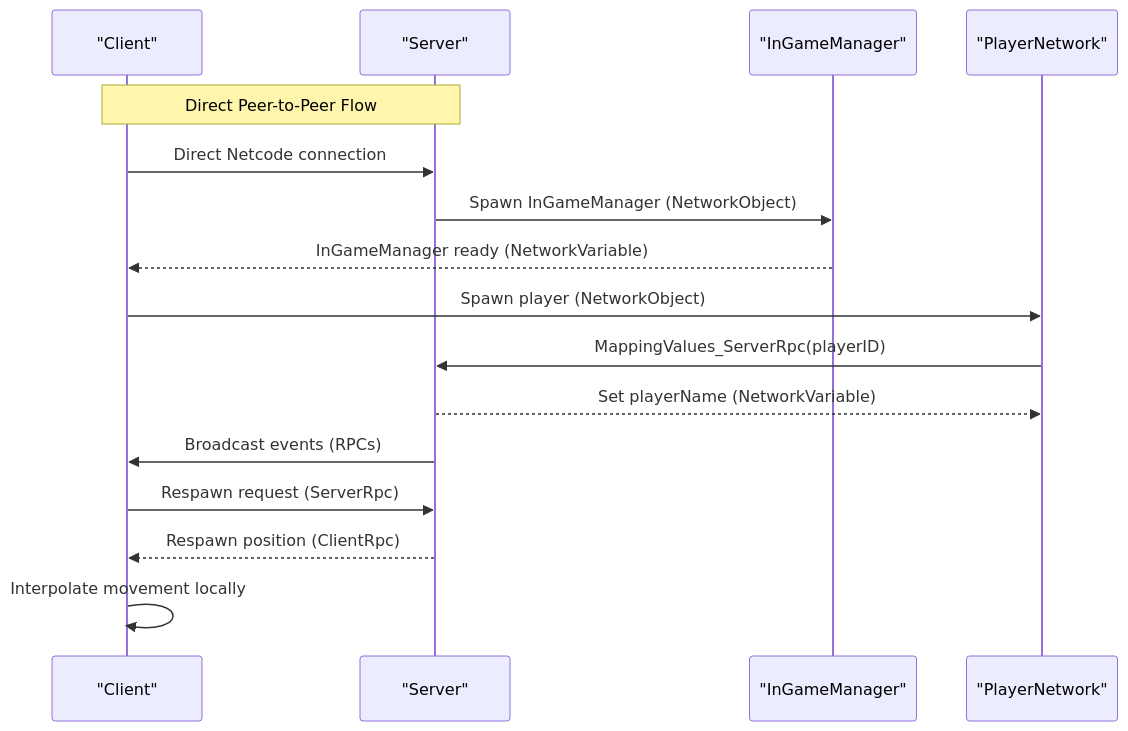
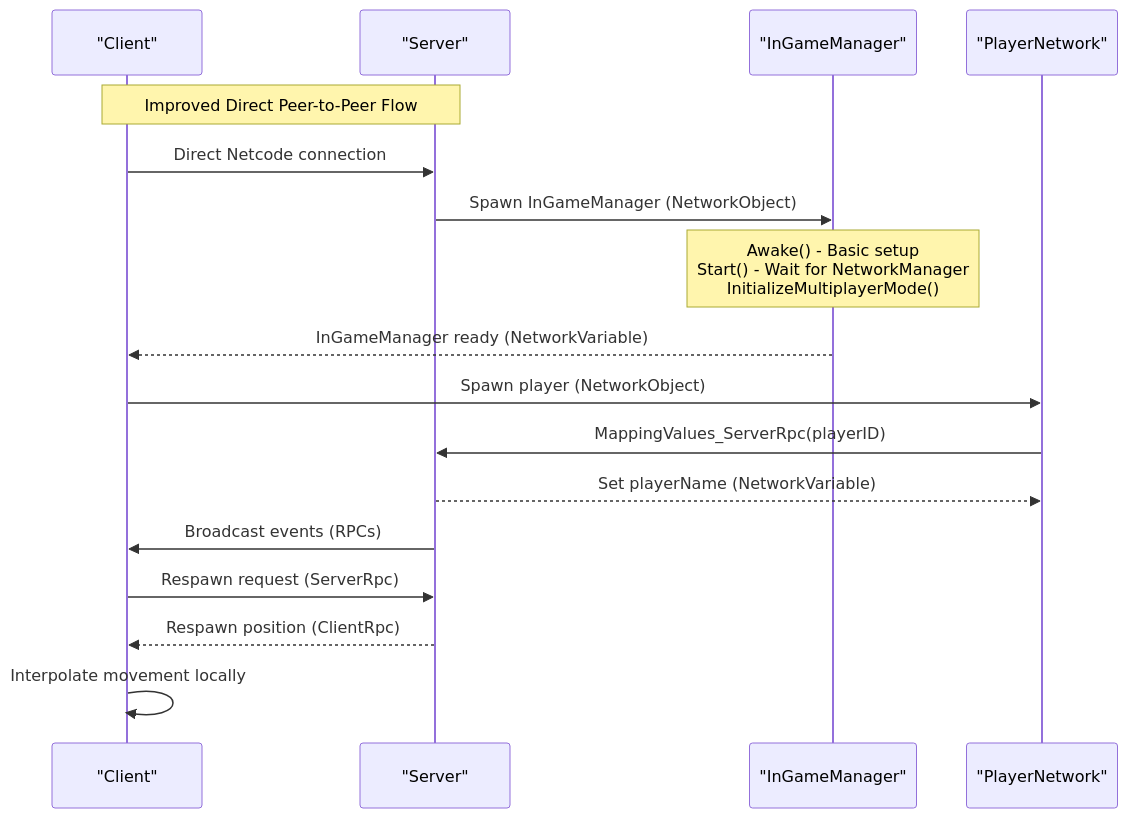
Before and after one commit to kandeng/AI-Controlled-battle-game: the second of 7 diagrams in .qoder/repowiki/en/content/Multiplayer System/Multiplayer System.md, drawn with Mermaid. The commit also changed other lines of this file and 376 other files, not shown here.

````diff
--- a/.qoder/repowiki/en/content/Multiplayer System/Multiplayer System.md
+++ b/.qoder/repowiki/en/content/Multiplayer System/Multiplayer System.md
@@ -116,18 +116,19 @@
 ```mermaid
 sequenceDiagram
 participant Client as "Client"
 participant Server as "Server"
 participant InGame as "InGameManager"
 participant Player as "PlayerNetwork"
-Note over Client,Server : Direct Peer-to-Peer Flow
+Note over Client,Server : Improved Direct Peer-to-Peer Flow
 Client->>Server : Direct Netcode connection
 Server->>InGame : Spawn InGameManager (NetworkObject)
+Note over InGame : Awake() - Basic setup<br/>Start() - Wait for NetworkManager<br/>InitializeMultiplayerMode()
 InGame-->>Client : InGameManager ready (NetworkVariable)
 Client->>Player : Spawn player (NetworkObject)
 Player->>Server : MappingValues_ServerRpc(playerID)
 Server-->>Player : Set playerName (NetworkVariable)
 Server->>Client : Broadcast events (RPCs)
 Client->>Server : Respawn request (ServerRpc)
 Server-->>Client : Respawn position (ClientRpc)
 Client->>Client : Interpolate movement locally
 ```
````
